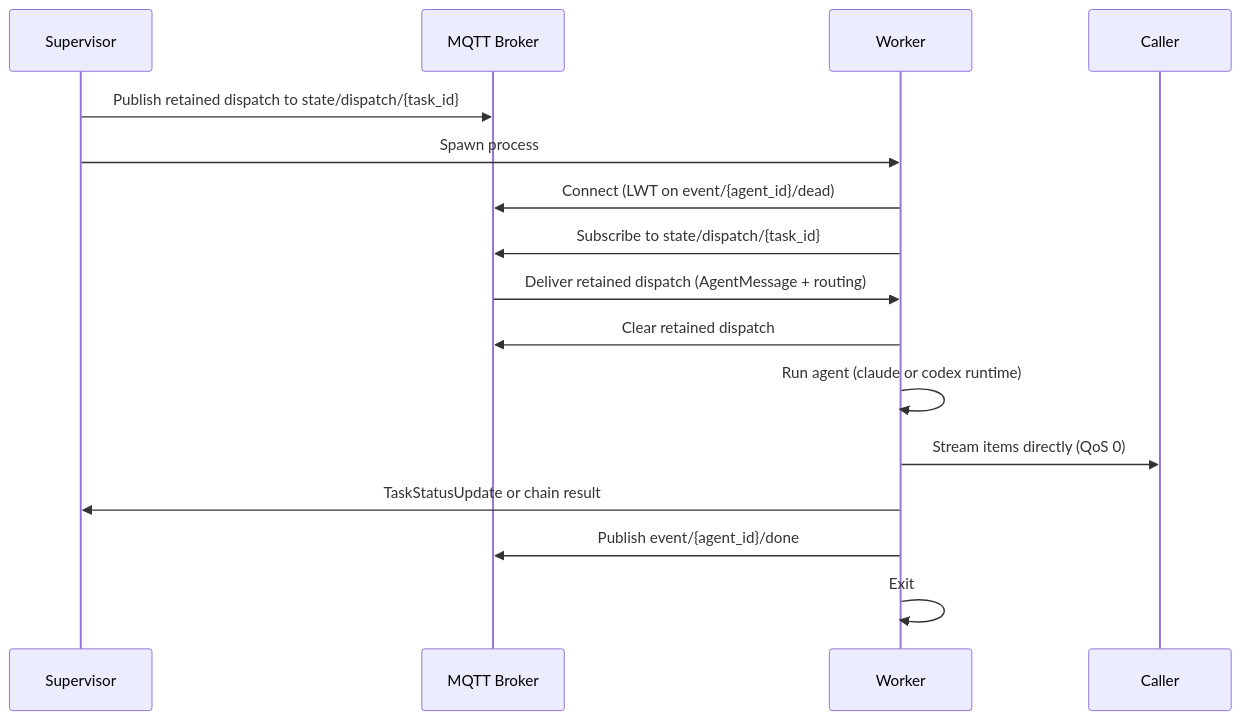
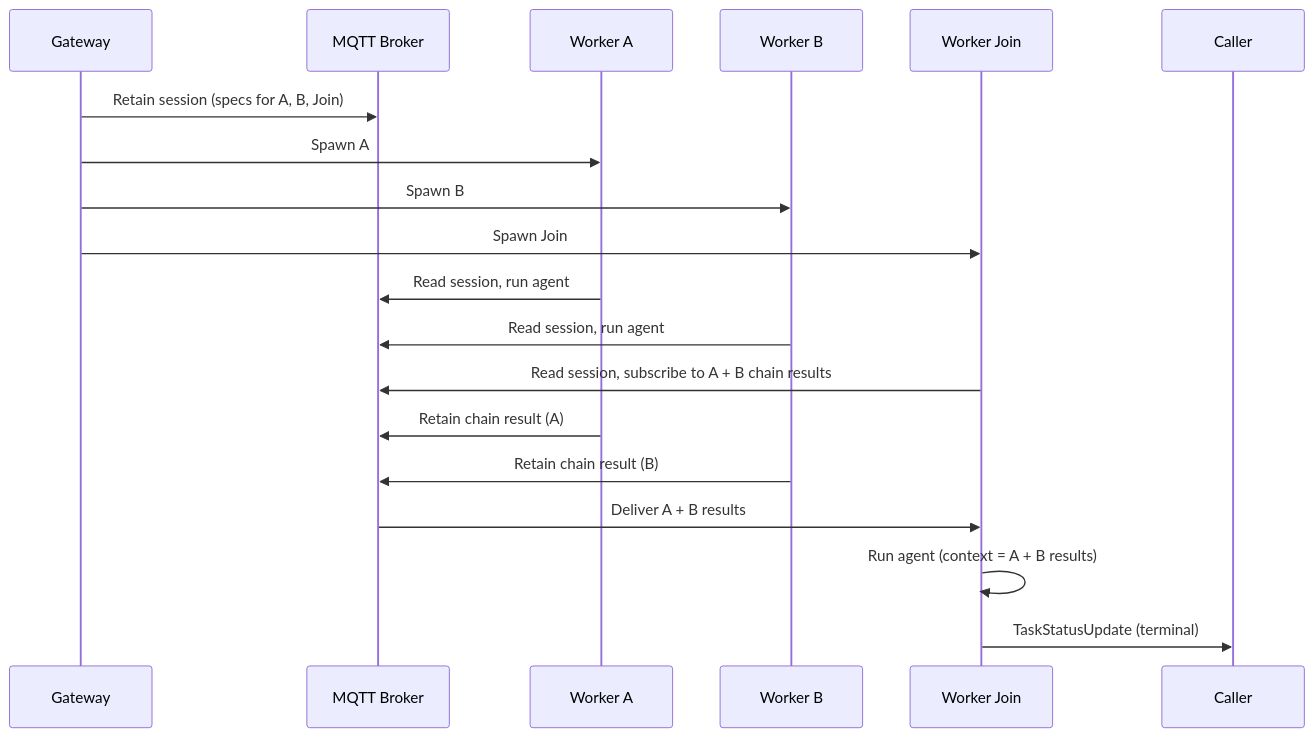
Before and after one commit to id/skitter: the third of 3 diagrams in docs/architecture.md, drawn with Mermaid. The commit also changed other lines of this file and 28 other files, not shown here.

````diff
--- a/docs/architecture.md
+++ b/docs/architecture.md
@@ -91,18 +87,21 @@
 ```mermaid
 sequenceDiagram
-    participant S as Supervisor
+    participant G as Gateway
     participant B as MQTT Broker
-    participant W as Worker
+    participant WA as Worker A
+    participant WB as Worker B
+    participant WJ as Worker Join
 
-    S->>B: Publish retained dispatch to state/dispatch/{task_id}
-    S->>W: Spawn process
-    W->>B: Connect (LWT on event/{agent_id}/dead)
-    W->>B: Subscribe to state/dispatch/{task_id}
-    B->>W: Deliver retained dispatch (AgentMessage + routing)
-    W->>B: Clear retained dispatch
-    W->>W: Run agent (claude or codex runtime)
-    W->>Caller: Stream items directly (QoS 0)
-    W->>S: TaskStatusUpdate or chain result
-    W->>B: Publish event/{agent_id}/done
-    W->>W: Exit
+    G->>B: Retain session (specs for A, B, Join)
+    G->>WA: Spawn A
+    G->>WB: Spawn B
+    G->>WJ: Spawn Join
+    WA->>B: Read session, run agent
+    WB->>B: Read session, run agent
+    WJ->>B: Read session, subscribe to A + B chain results
+    WA->>B: Retain chain result (A)
+    WB->>B: Retain chain result (B)
+    B->>WJ: Deliver A + B results
+    WJ->>WJ: Run agent (context = A + B results)
+    WJ->>Caller: TaskStatusUpdate (terminal)
 ```
````
